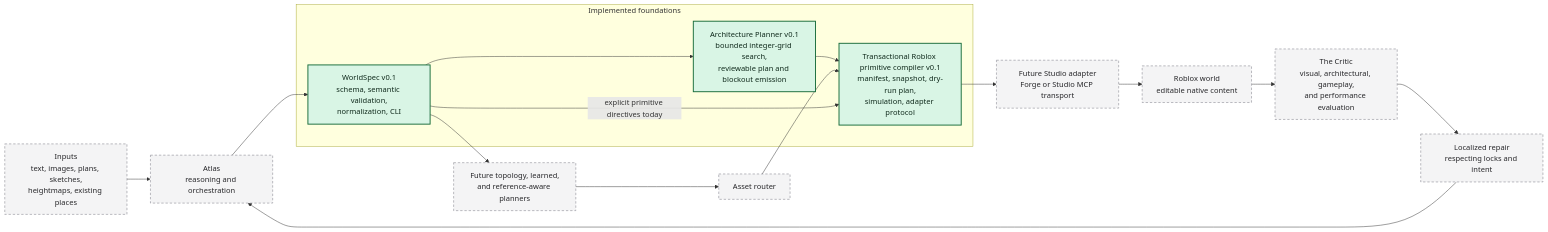
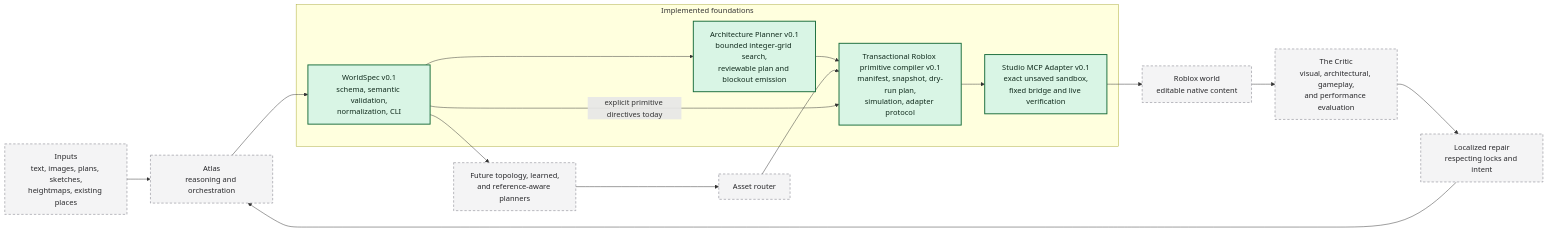
The diagram in docs/architecture/system-overview.md (kotonja/Worldwright), drawn with Mermaid before and after one commit. The commit also changed other lines of this file and 95 other files, not shown here.

First line of the commit message:
Add Roblox Studio MCP transaction bridge (#4)

````diff
--- a/docs/architecture/system-overview.md
+++ b/docs/architecture/system-overview.md
@@ -19,37 +22,37 @@
 ```mermaid
 flowchart LR
     Inputs["Inputs<br/>text, images, plans, sketches,<br/>heightmaps, existing places"]
     Atlas["Atlas<br/>reasoning and orchestration"]
 
     subgraph Current["Implemented foundations"]
         WorldSpec["WorldSpec v0.1<br/>schema, semantic validation,<br/>normalization, CLI"]
         ArchitecturePlanner["Architecture Planner v0.1<br/>bounded integer-grid search,<br/>reviewable plan and blockout emission"]
         RobloxCompiler["Transactional Roblox primitive compiler v0.1<br/>manifest, snapshot, dry-run plan,<br/>simulation, adapter protocol"]
+        StudioAdapter["Studio MCP Adapter v0.1<br/>exact unsaved sandbox,<br/>fixed bridge and live verification"]
     end
 
     FuturePlanners["Future topology, learned,<br/>and reference-aware planners"]
     Router["Asset router"]
-    LiveAdapter["Future Studio adapter<br/>Forge or Studio MCP transport"]
     World["Roblox world<br/>editable native content"]
     Critic["The Critic<br/>visual, architectural, gameplay,<br/>and performance evaluation"]
     Repair["Localized repair<br/>respecting locks and intent"]
 
     Inputs --> Atlas
     Atlas --> WorldSpec
     WorldSpec --> ArchitecturePlanner
     ArchitecturePlanner --> RobloxCompiler
     WorldSpec --> FuturePlanners
     FuturePlanners --> Router
     Router --> RobloxCompiler
     WorldSpec -->|"explicit primitive directives today"| RobloxCompiler
-    RobloxCompiler --> LiveAdapter
-    LiveAdapter --> World
+    RobloxCompiler --> StudioAdapter
+    StudioAdapter --> World
     World --> Critic
     Critic --> Repair
     Repair --> Atlas
 
     classDef current fill:#d9f5e5,stroke:#176b3a,stroke-width:2px,color:#102a1c;
     classDef future fill:#f4f4f5,stroke:#71717a,stroke-dasharray:5 4,color:#27272a;
-    class WorldSpec,ArchitecturePlanner,RobloxCompiler current;
-    class Inputs,Atlas,FuturePlanners,Router,LiveAdapter,World,Critic,Repair future;
+    class WorldSpec,ArchitecturePlanner,RobloxCompiler,StudioAdapter current;
+    class Inputs,Atlas,FuturePlanners,Router,World,Critic,Repair future;
 ```
````
